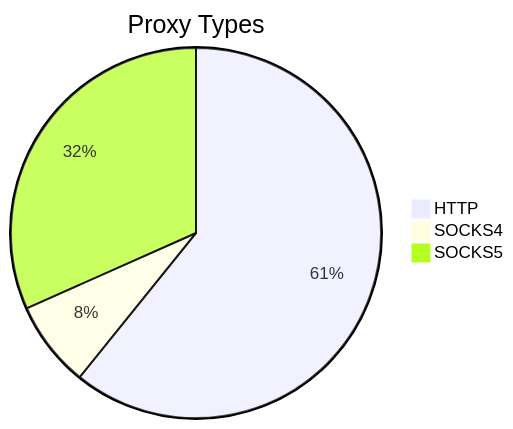
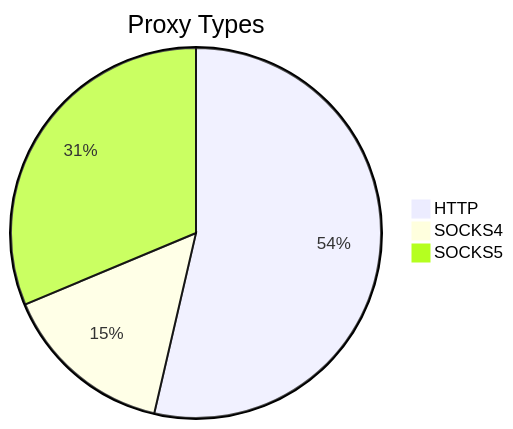
The first of 2 diagrams in README.md (stormsia/proxy-list), drawn with Mermaid before and after one commit. The commit also changed other lines of this file, not shown here.

````diff
--- a/README.md
+++ b/README.md
@@ -21,6 +21,6 @@
 ```mermaid
 pie title Proxy Types
-    "HTTP" : 121
-    "SOCKS4" : 15
-    "SOCKS5" : 63
+    "HTTP" : 185
+    "SOCKS4" : 52
+    "SOCKS5" : 108
 ```
````
